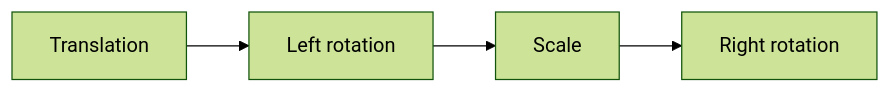
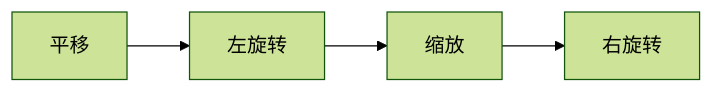
The diagram in docs-cn/paper/dev/api/entity-api/display-entities.mdx (WhitePhosphor/PaperMC-Docs-CN), drawn with Mermaid (forest theme) before and after one commit. The commit also changed other lines of this file and 133 other files, not shown here.

````diff
--- a/docs-cn/paper/dev/api/entity-api/display-entities.mdx
+++ b/docs-cn/paper/dev/api/entity-api/display-entities.mdx
@@ -67,6 +59,6 @@
 ```mermaid
 flowchart LR;
-    translation[Translation]-->left_rotation[Left rotation];
-    left_rotation-->scale[Scale];
-    scale-->right_rotation[Right rotation];
+    translation[平移]-->left_rotation[左旋转];
+    left_rotation-->scale[缩放];
+    scale-->right_rotation[右旋转];
 ```
````
